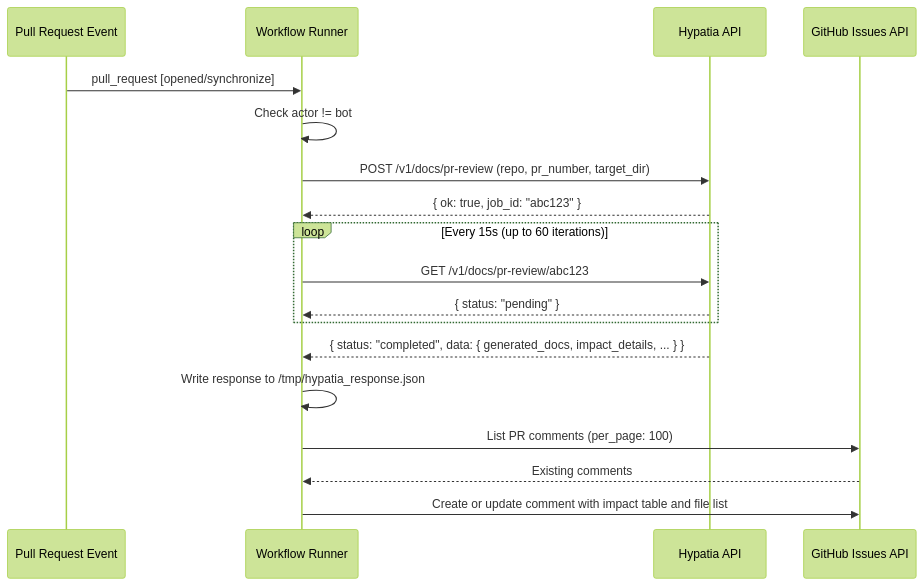
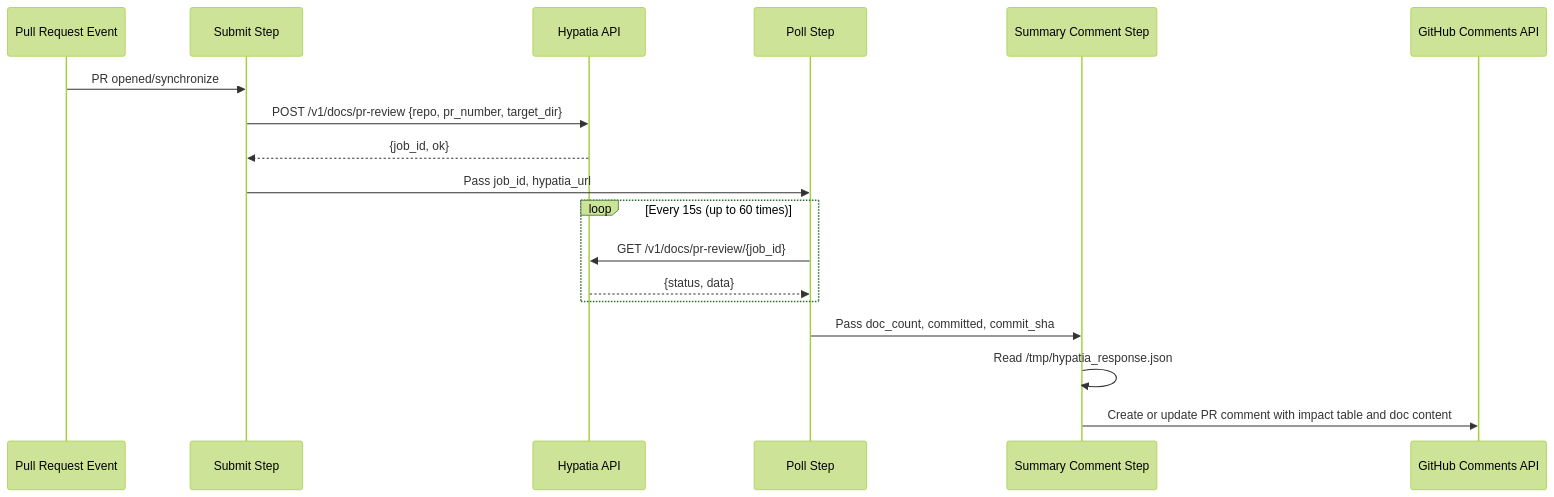
One commit to cornelisnetworks/opa-psm2-tests changed the second of 4 diagrams in docs/.github-workflows.md. Above: the diagram before and after it, drawn with Mermaid (forest theme). The commit also changed other lines of this file and 1 other file, not shown here.

````diff
--- a/docs/.github-workflows.md
+++ b/docs/.github-workflows.md
@@ -38,21 +43,21 @@
 ```mermaid
 sequenceDiagram
     participant PR as Pull Request Event
-    participant WF as Workflow Runner
+    participant Submit as Submit Step
     participant API as Hypatia API
-    participant GH as GitHub Issues API
+    participant Poll as Poll Step
+    participant Summary as Summary Comment Step
+    participant GH as GitHub Comments API
 
-    PR->>WF: pull_request [opened/synchronize]
-    WF->>WF: Check actor != bot
-    WF->>API: POST /v1/docs/pr-review (repo, pr_number, target_dir)
-    API-->>WF: { ok: true, job_id: "abc123" }
-    loop Every 15s (up to 60 iterations)
-        WF->>API: GET /v1/docs/pr-review/abc123
-        API-->>WF: { status: "pending" }
+    PR->>Submit: PR opened/synchronize
+    Submit->>API: POST /v1/docs/pr-review {repo, pr_number, target_dir}
+    API-->>Submit: {job_id, ok}
+    Submit->>Poll: Pass job_id, hypatia_url
+    loop Every 15s (up to 60 times)
+        Poll->>API: GET /v1/docs/pr-review/{job_id}
+        API-->>Poll: {status, data}
     end
-    API-->>WF: { status: "completed", data: { generated_docs, impact_details, ... } }
-    WF->>WF: Write response to /tmp/hypatia_response.json
-    WF->>GH: List PR comments (per_page: 100)
-    GH-->>WF: Existing comments
-    WF->>GH: Create or update comment with impact table and file list
+    Poll->>Summary: Pass doc_count, committed, commit_sha
+    Summary->>Summary: Read /tmp/hypatia_response.json
+    Summary->>GH: Create or update PR comment with impact table and doc content
 ```
````
